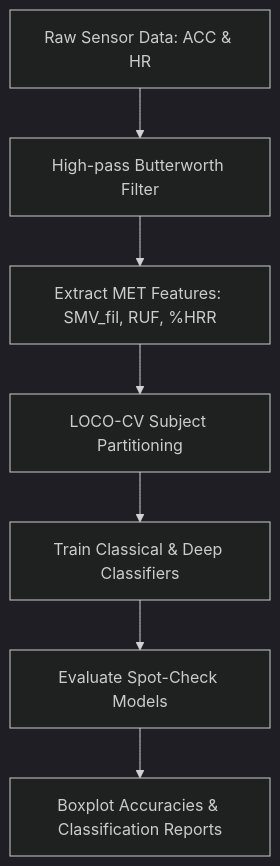
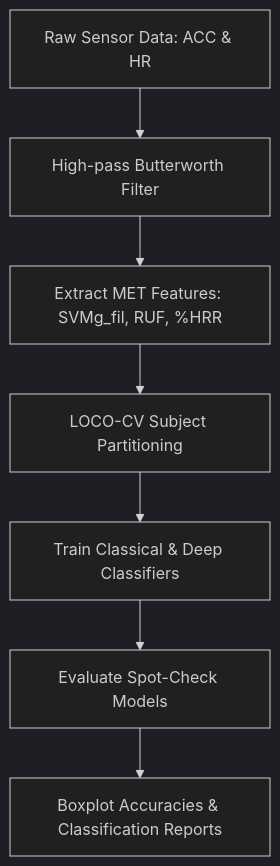
Before and after one commit to SmartPoqueira/Wearable-Sensors-HAR-Preprocessing-and-MET-Features: the diagram in README.md, drawn with Mermaid (dark theme). The commit also changed other lines of this file, not shown here.

Commit message:
Audit: fix feature notation SVMg (not SMV), filter cutoff 3 Hz (not 0.25 Hz)

````diff
--- a/README.md
+++ b/README.md
@@ -33,9 +33,9 @@
 ```mermaid
 graph TD
     A[Raw Sensor Data: ACC & HR] --> B[High-pass Butterworth Filter]
-    B --> C[Extract MET Features: SMV_fil, RUF, %HRR]
+    B --> C[Extract MET Features: SVMg_fil, RUF, %HRR]
     C --> D[LOCO-CV Subject Partitioning]
     D --> E[Train Classical & Deep Classifiers]
     E --> F[Evaluate Spot-Check Models]
     F --> G[Boxplot Accuracies & Classification Reports]
 ```
````
